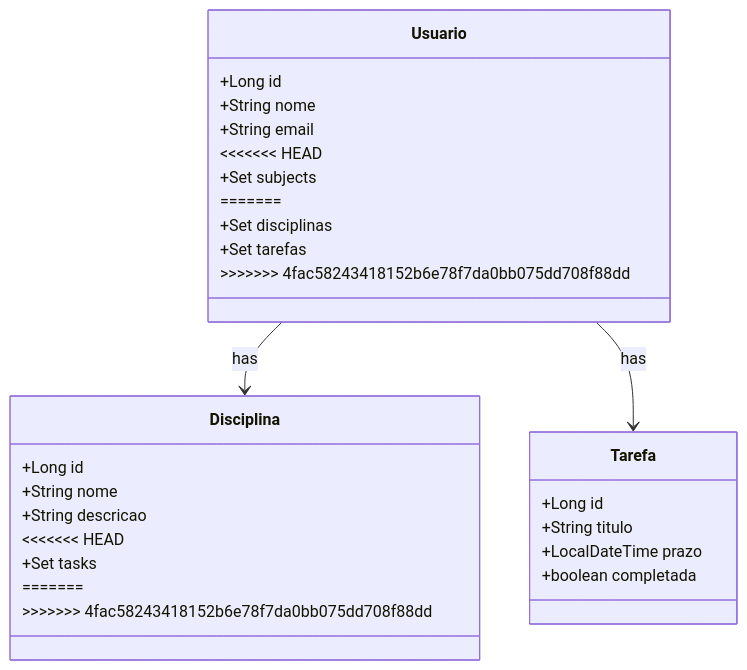
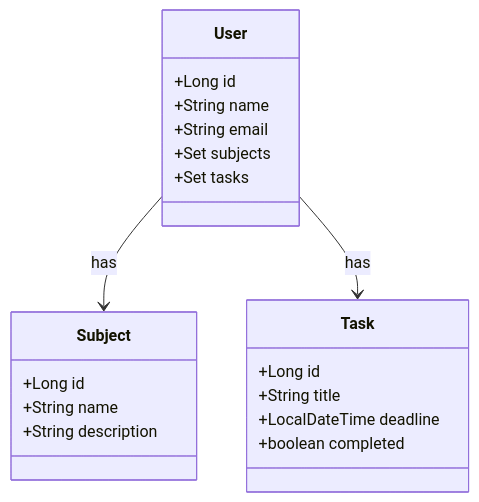
The diagram in README.md (Luis-coelho30/restudy-api), drawn with Mermaid before and after one commit.

Commit message:
Atualização ao diagrama de entidades README.md

````diff
--- a/README.md
+++ b/README.md
@@ -6,34 +6,26 @@
 ```mermaid
 classDiagram
-    class Usuario {
+    class User {
         +Long id
-        +String nome
+        +String name
         +String email
-<<<<<<< HEAD
-        +Set<Disciplina> subjects
-=======
-        +Set<Disciplina> disciplinas
-        +Set<Tarefa> tarefas
->>>>>>> 4fac58243418152b6e78f7da0bb075dd708f88dd
+        +Set<Subject> subjects
+        +Set<Task> tasks
     }
 
-    class Disciplina {
+    class Subject {
         +Long id
-        +String nome
-        +String descricao
-<<<<<<< HEAD
-        +Set<Tarefa> tasks
-=======
->>>>>>> 4fac58243418152b6e78f7da0bb075dd708f88dd
+        +String name
+        +String description
     }
 
-    class Tarefa {
+    class Task {
         +Long id
-        +String titulo
-        +LocalDateTime prazo
-        +boolean completada
+        +String title
+        +LocalDateTime deadline
+        +boolean completed
     }
 
-    Usuario --> Disciplina : has
-    Usuario --> Tarefa : has
+    User --> Subject : has
+    User --> Task : has
 ```
````
